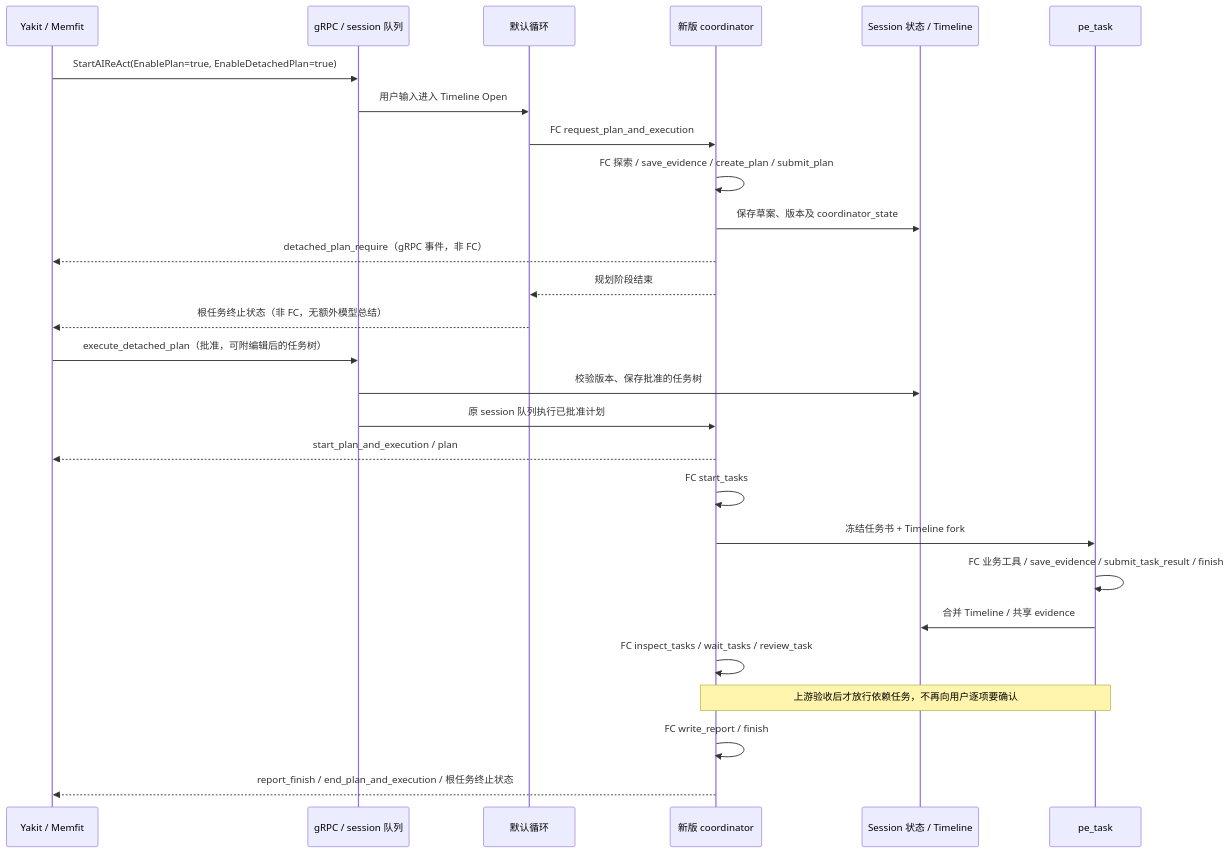
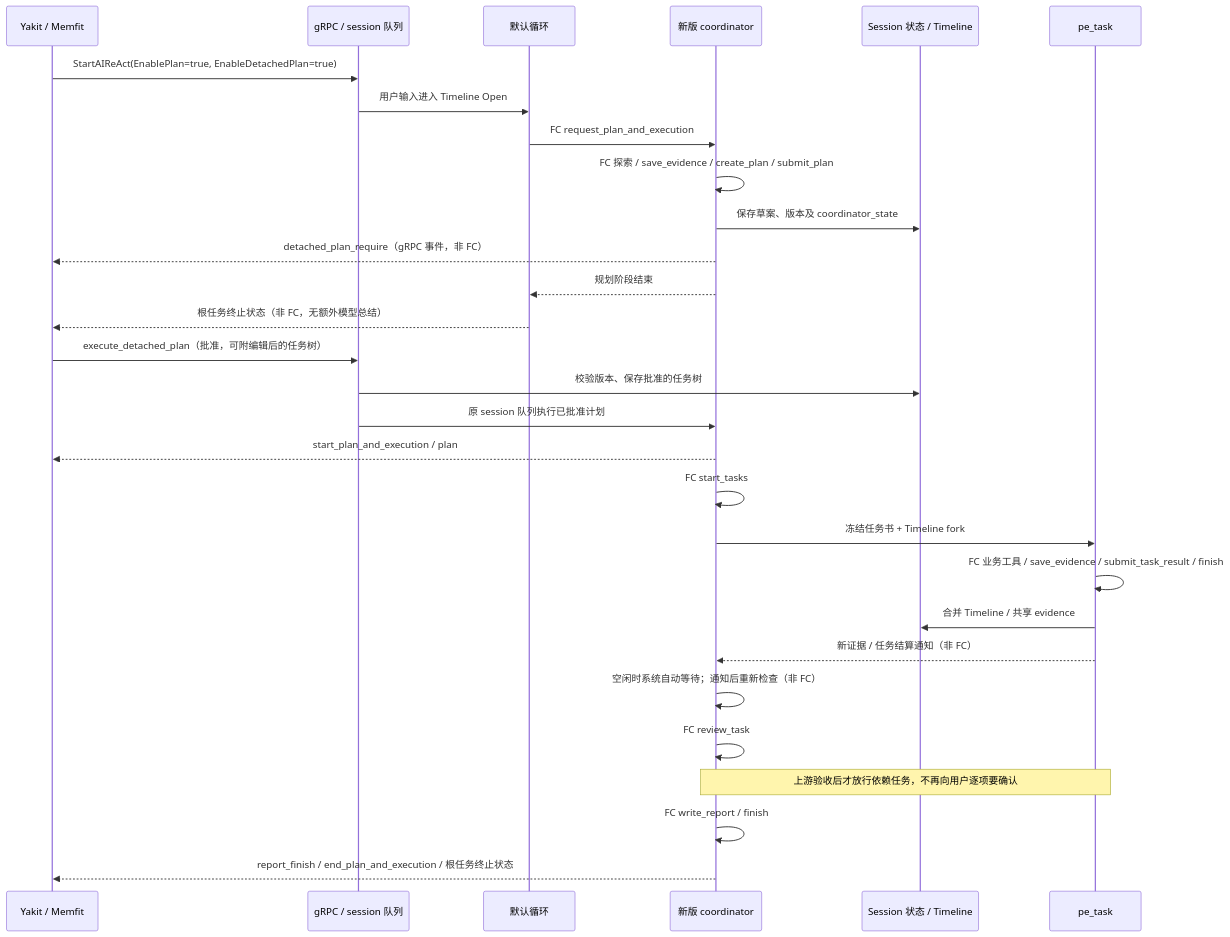
One commit to yaklang/yaklang changed the diagram in common/ai/aid/coordinator/README.md. Above: the diagram before and after it, drawn with Mermaid. The commit also changed other lines of this file and 44 other files, not shown here.

````diff
--- a/common/ai/aid/coordinator/README.md
+++ b/common/ai/aid/coordinator/README.md
@@ -50,29 +64,31 @@
 ```mermaid
 sequenceDiagram
     participant UI as Yakit / Memfit
     participant RPC as gRPC / session 队列
     participant D as 默认循环
     participant C as 新版 coordinator
     participant DB as Session 状态 / Timeline
     participant W as pe_task
     UI->>RPC: StartAIReAct(EnablePlan=true, EnableDetachedPlan=true)
     RPC->>D: 用户输入进入 Timeline Open
     D->>C: FC request_plan_and_execution
     C->>C: FC 探索 / save_evidence / create_plan / submit_plan
     C->>DB: 保存草案、版本及 coordinator_state
     C-->>UI: detached_plan_require（gRPC 事件，非 FC）
     C-->>D: 规划阶段结束
     D-->>UI: 根任务终止状态（非 FC，无额外模型总结）
     UI->>RPC: execute_detached_plan（批准，可附编辑后的任务树）
     RPC->>DB: 校验版本、保存批准的任务树
     RPC->>C: 原 session 队列执行已批准计划
     C-->>UI: start_plan_and_execution / plan
     C->>C: FC start_tasks
     C->>W: 冻结任务书 + Timeline fork
     W->>W: FC 业务工具 / save_evidence / submit_task_result / finish
     W->>DB: 合并 Timeline / 共享 evidence
-    C->>C: FC inspect_tasks / wait_tasks / review_task
+    W-->>C: 新证据 / 任务结算通知（非 FC）
+    C->>C: 空闲时系统自动等待；通知后重新检查（非 FC）
+    C->>C: FC review_task
     Note over C,W: 上游验收后才放行依赖任务，不再向用户逐项要确认
     C->>C: FC write_report / finish
     C-->>UI: report_finish / end_plan_and_execution / 根任务终止状态
 ```
````
